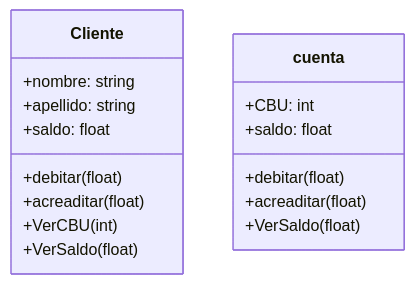
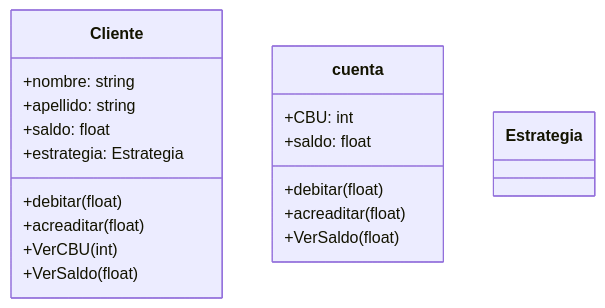
One commit to FranciscoBHF/Banco changed the diagram in README.md. Above: the diagram before and after it, drawn with Mermaid.

Commit message:
Estrategias

````diff
--- a/README.md
+++ b/README.md
@@ -2,21 +2,24 @@
 ```mermaid
 classDiagram
 
 class Cliente{
     +nombre: string
     +apellido: string
     +saldo: float
+    +estrategia: Estrategia
     +debitar(float)
     +acreaditar(float)
     +VerCBU(int)
     +VerSaldo(float)
 }
 class cuenta{
     +CBU: int
     +saldo: float
     +debitar(float)
     +acreaditar(float)
     +VerSaldo(float)
 }
-
+class Estrategia{
+    
+}
 ```
````
